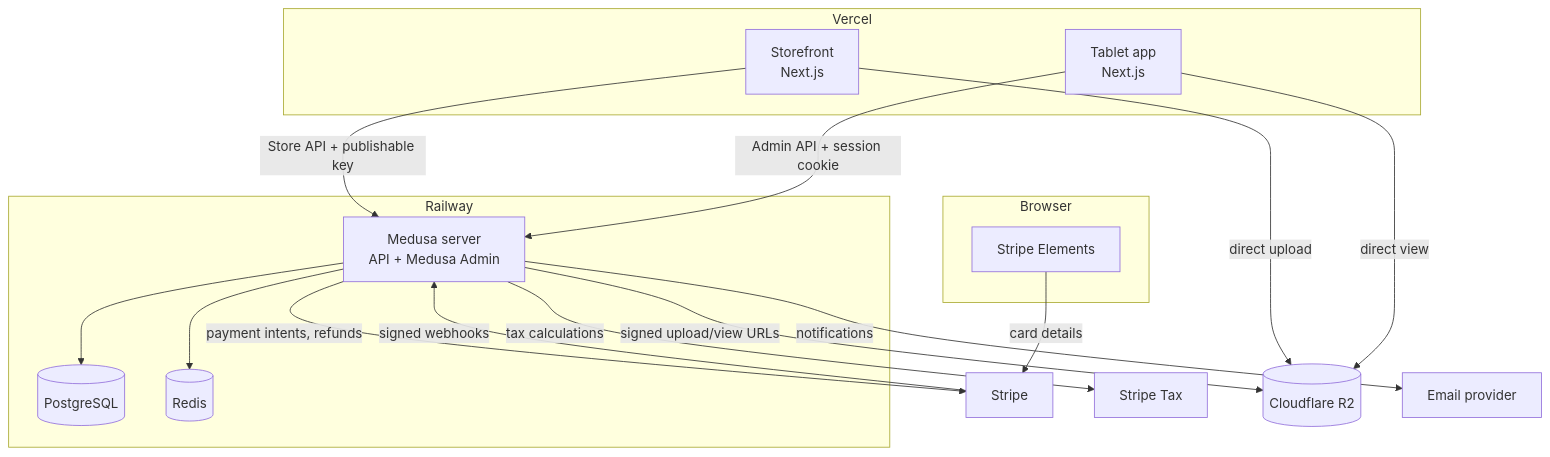
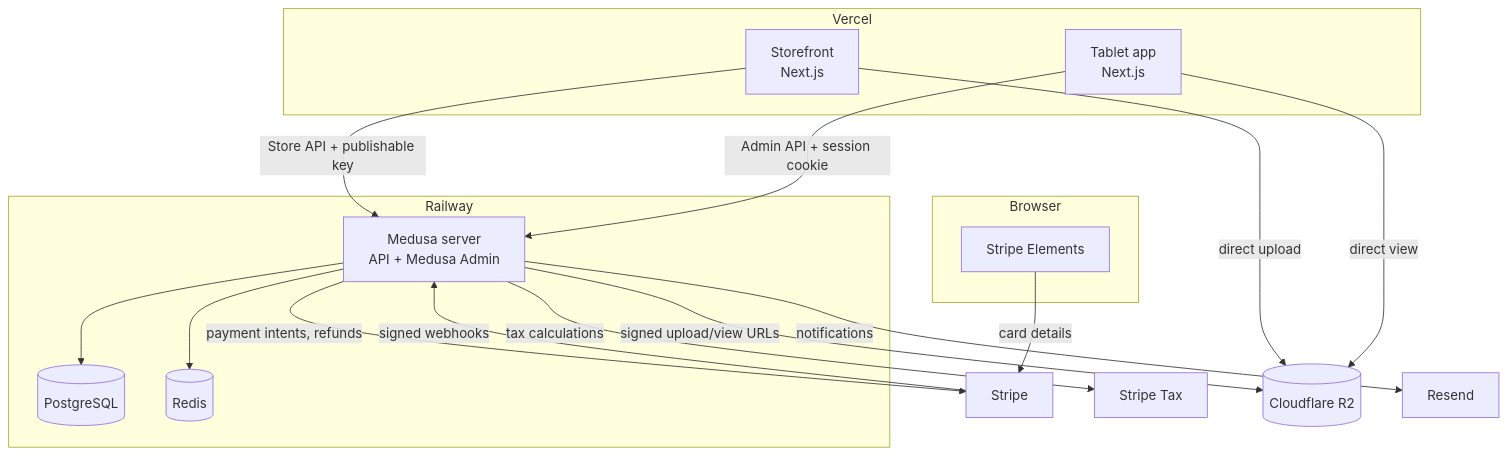
One commit to jocuri0427/DonFiel changed the second of 7 diagrams in project_scope.md. Above: the diagram before and after it, drawn with Mermaid. The commit also changed other lines of this file, not shown here.

````diff
--- a/project_scope.md
+++ b/project_scope.md
@@ -566,27 +587,27 @@
 ```mermaid
 flowchart TB
     subgraph Vercel
         SF[Storefront<br/>Next.js]
         LA[Tablet app<br/>Next.js]
     end
     subgraph Railway
         MS[Medusa server<br/>API + Medusa Admin]
         PG[(PostgreSQL)]
         RD[(Redis)]
     end
     subgraph Browser
         SE[Stripe Elements]
     end
     SF -->|Store API + publishable key| MS
     LA -->|Admin API + session cookie| MS
     MS --> PG
     MS --> RD
     SE -->|card details| STP[Stripe]
     MS -->|payment intents, refunds| STP
     STP -->|signed webhooks| MS
     MS -->|tax calculations| STX[Stripe Tax]
     MS -->|signed upload/view URLs| R2[(Cloudflare R2)]
     SF -->|direct upload| R2
     LA -->|direct view| R2
-    MS -->|notifications| EM[Email provider]
+    MS -->|notifications| EM[Resend]
 ```
````
